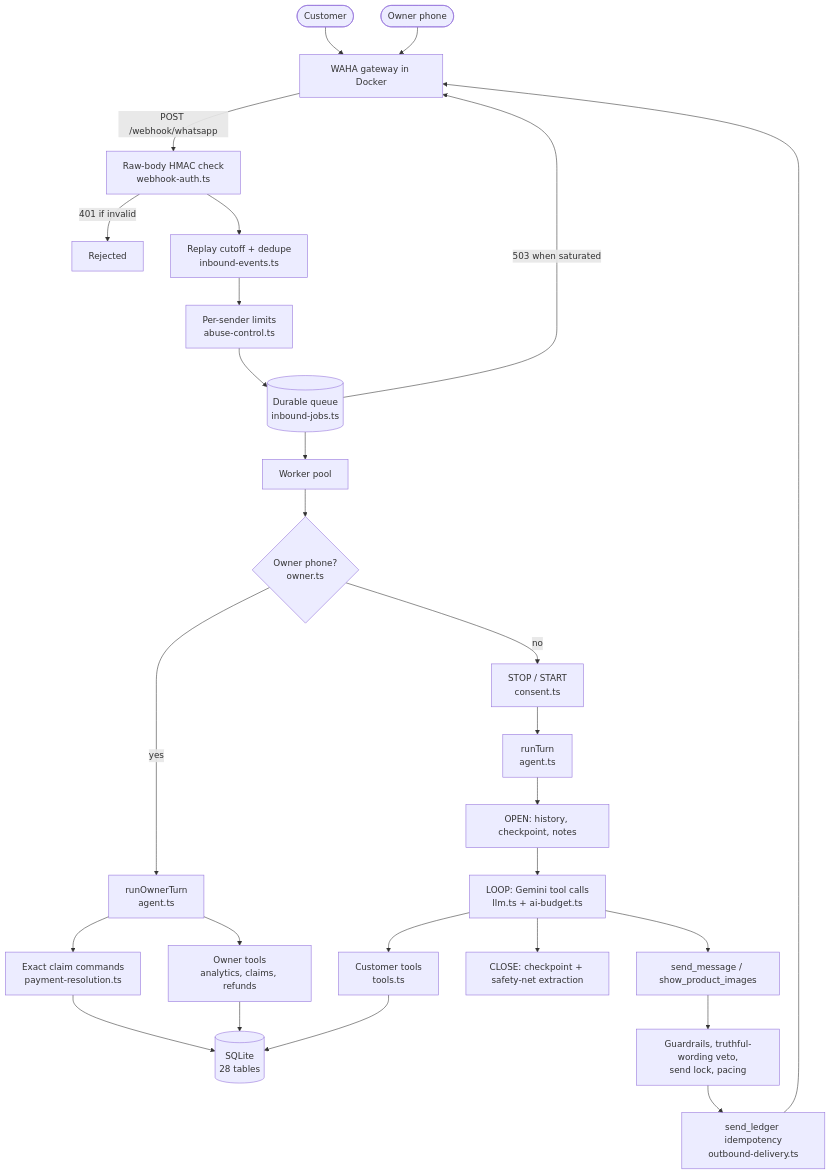
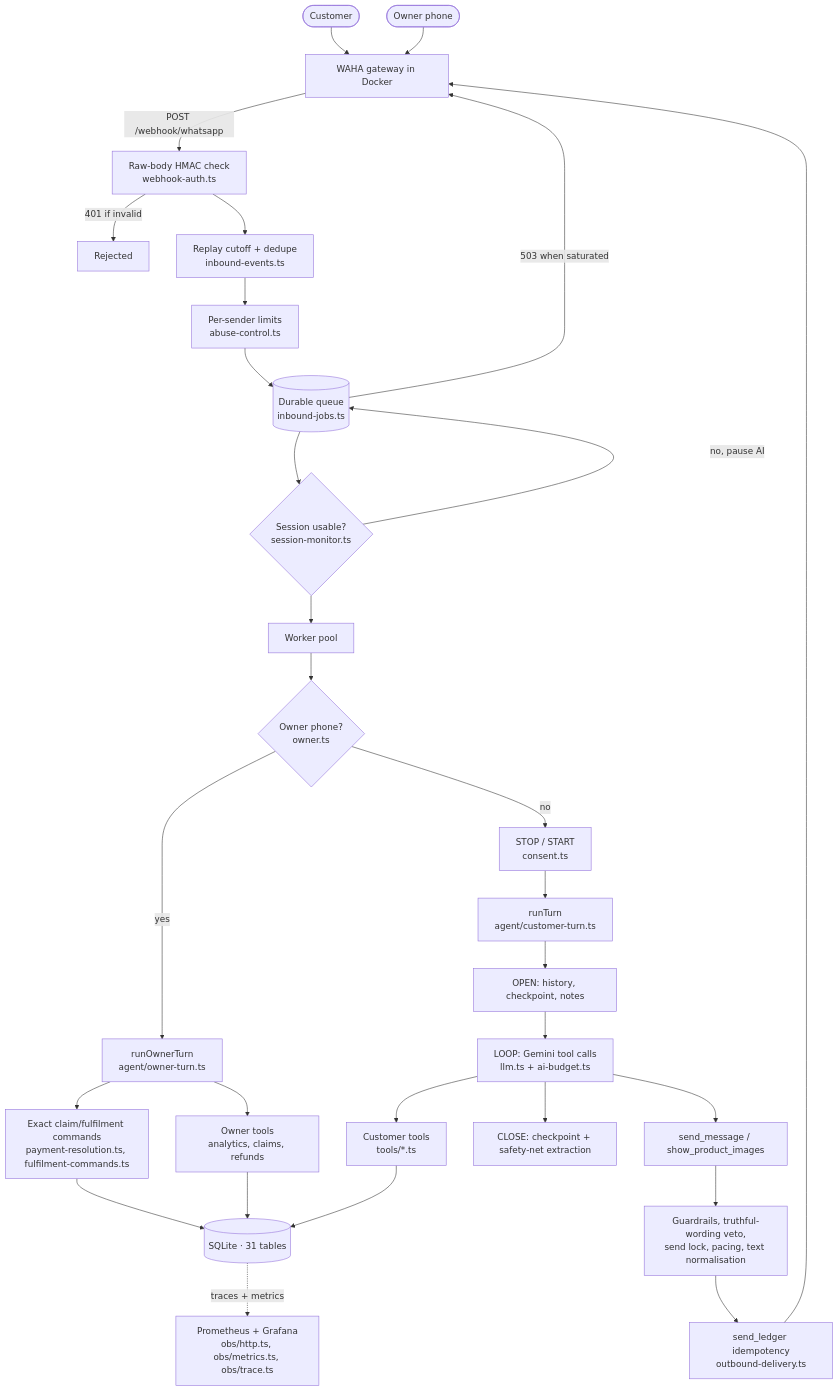
Before and after one commit to FarhanUllah382/Whattsapp-Assisstant: the diagram in README.md, drawn with Mermaid. The commit also changed other lines of this file and 1 other file, not shown here.

````diff
--- a/README.md
+++ b/README.md
@@ -135,29 +210,32 @@
 ```mermaid
 flowchart TD
     C([Customer]) --> WAHA[WAHA gateway in Docker]
     O([Owner phone]) --> WAHA
     WAHA -->|POST /webhook/whatsapp| HMAC[Raw-body HMAC check<br/>webhook-auth.ts]
     HMAC -->|401 if invalid| X[Rejected]
     HMAC --> EV[Replay cutoff + dedupe<br/>inbound-events.ts]
     EV --> RL[Per-sender limits<br/>abuse-control.ts]
     RL --> Q[(Durable queue<br/>inbound-jobs.ts)]
     Q -->|503 when saturated| WAHA
-    Q --> W[Worker pool]
+    Q --> SM{Session usable?<br/>session-monitor.ts}
+    SM -->|no, pause AI| Q
+    SM --> W[Worker pool]
     W --> ISO{Owner phone?<br/>owner.ts}
-    ISO -->|yes| OT[runOwnerTurn<br/>agent.ts]
-    OT --> PR[Exact claim commands<br/>payment-resolution.ts]
+    ISO -->|yes| OT[runOwnerTurn<br/>agent/owner-turn.ts]
+    OT --> PR[Exact claim/fulfilment commands<br/>payment-resolution.ts, fulfilment-commands.ts]
     OT --> OTL[Owner tools<br/>analytics, claims, refunds]
     ISO -->|no| CS[STOP / START<br/>consent.ts]
-    CS --> CT[runTurn<br/>agent.ts]
+    CS --> CT[runTurn<br/>agent/customer-turn.ts]
     CT --> OPEN[OPEN: history, checkpoint, notes]
     OPEN --> LOOP[LOOP: Gemini tool calls<br/>llm.ts + ai-budget.ts]
-    LOOP --> TOOLS[Customer tools<br/>tools.ts]
-    TOOLS --> DB[(SQLite<br/>28 tables)]
+    LOOP --> TOOLS[Customer tools<br/>tools/*.ts]
+    TOOLS --> DB[(SQLite · 31 tables)]
     OTL --> DB
     PR --> DB
     LOOP --> CLOSE[CLOSE: checkpoint + safety-net extraction]
     LOOP --> SEND[send_message / show_product_images]
-    SEND --> G[Guardrails, truthful-wording veto,<br/>send lock, pacing]
+    SEND --> G[Guardrails, truthful-wording veto,<br/>send lock, pacing, text normalisation]
     G --> SL[send_ledger idempotency<br/>outbound-delivery.ts]
     SL --> WAHA
+    DB -.->|traces + metrics| OBS[Prometheus + Grafana<br/>obs/http.ts, obs/metrics.ts, obs/trace.ts]
 ```
````
